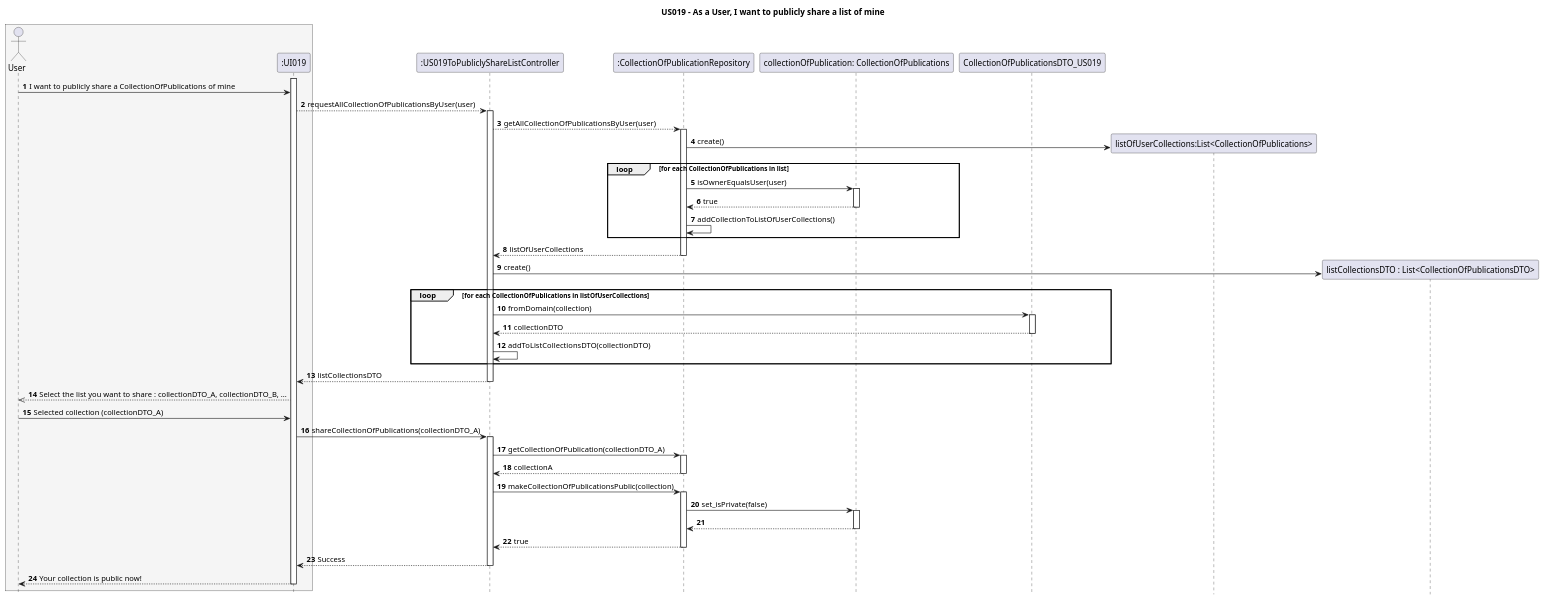
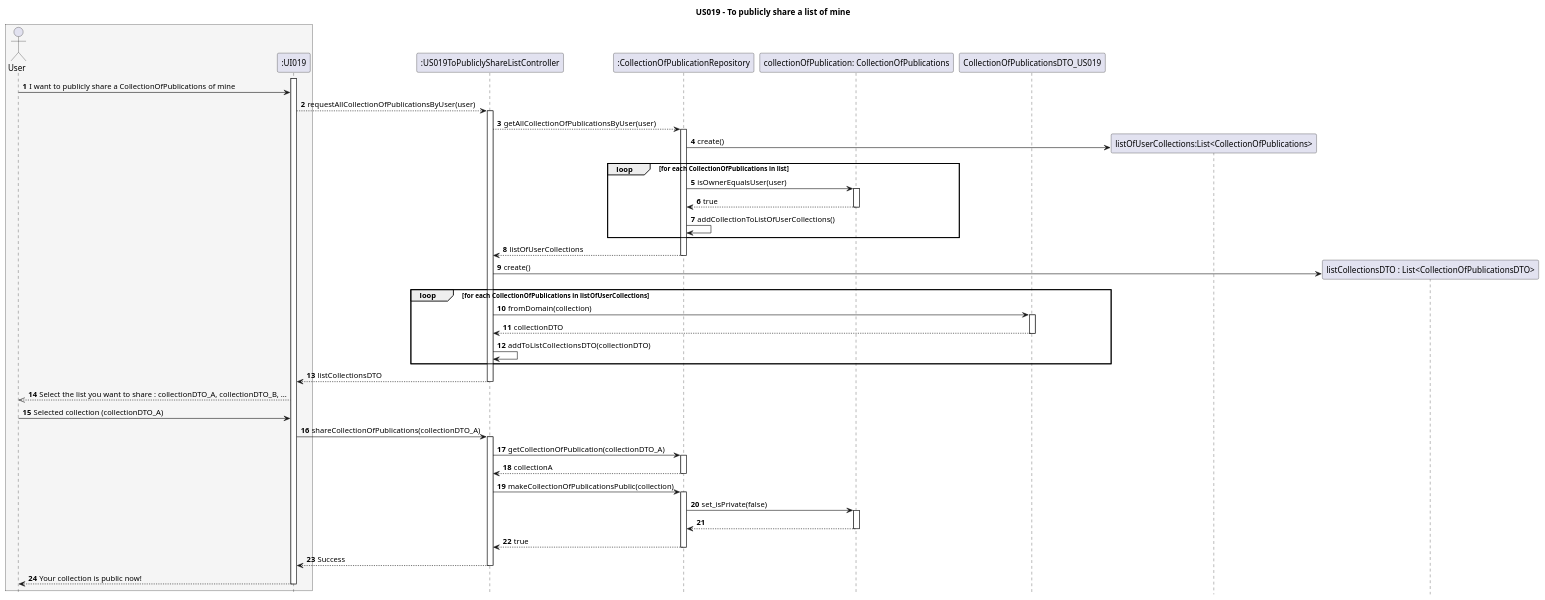
Before and after one commit to AndrePereiraGitH/SWitCH-Project-Team_A: the diagram in Diagrams/SequenceDiagrams/N2/US019-to-publicly-share-a-list.puml, drawn with PlantUML. The commit also changed 1 other file, not shown here.

Commit message:
Working on #145 - Class Diagram

```diff
--- a/Diagrams/SequenceDiagrams/N2/US019-to-publicly-share-a-list.puml
+++ b/Diagrams/SequenceDiagrams/N2/US019-to-publicly-share-a-list.puml
@@ -1,90 +1,90 @@
 @startuml
 
 hide footbox
 autonumber
 
-title US019 - As a User, I want to publicly share a list of mine
+title US019 - To publicly share a list of mine
 
 box #WhiteSmoke
 actor User
 participant ":UI019" as UI
 end box
 
 participant ":US019ToPubliclyShareListController" as Controller
 participant ":CollectionOfPublicationRepository" as CollectionRepository
 participant "collectionOfPublication: CollectionOfPublications" as CollectionOfPublications
 participant "CollectionOfPublicationsDTO_US019" as dto
 
 activate UI
 
 User -> UI : I want to publicly share a CollectionOfPublications of mine
 UI --> Controller: requestAllCollectionOfPublicationsByUser(user)
 
 activate Controller
 Controller --> CollectionRepository: getAllCollectionOfPublicationsByUser(user)
 activate CollectionRepository
 create "listOfUserCollections:List<CollectionOfPublications>" as CollectionOfPublicationsList
 CollectionRepository -> CollectionOfPublicationsList : create()
 
 loop for each CollectionOfPublications in list
     CollectionRepository -> CollectionOfPublications : isOwnerEqualsUser(user)
     activate CollectionOfPublications
     CollectionOfPublications --> CollectionRepository : true
 
     deactivate CollectionOfPublications
 
     CollectionRepository -> CollectionRepository : addCollectionToListOfUserCollections()
 
 
 
 end
 
 
 CollectionRepository --> Controller: listOfUserCollections
 deactivate CollectionRepository
 
 'Controller --> UI: listOfUserCollections
 create "listCollectionsDTO : List<CollectionOfPublicationsDTO>" as CollectionDTOList
 Controller -> CollectionDTOList : create()
 loop for each CollectionOfPublications in listOfUserCollections
     Controller -> dto : fromDomain(collection)
     activate dto
     dto --> Controller : collectionDTO
     deactivate dto
     Controller -> Controller : addToListCollectionsDTO(collectionDTO)
 
 end
 Controller --> UI : listCollectionsDTO
 deactivate Controller
 
 UI -->> User : Select the list you want to share : collectionDTO_A, collectionDTO_B, ...
 User -> UI : Selected collection (collectionDTO_A)
 UI -> Controller : shareCollectionOfPublications(collectionDTO_A)
 
 
 activate Controller
 Controller -> CollectionRepository : getCollectionOfPublication(collectionDTO_A)
 activate CollectionRepository
 CollectionRepository --> Controller : collectionA
 deactivate CollectionRepository
 
 
 Controller -> CollectionRepository : makeCollectionOfPublicationsPublic(collection)
 activate CollectionRepository
 CollectionRepository -> CollectionOfPublications : set_isPrivate(false)
 activate CollectionOfPublications
 CollectionOfPublications --> CollectionRepository
 deactivate CollectionOfPublications
 
 CollectionRepository --> Controller : true
 
 deactivate CollectionRepository
 
 Controller --> UI : Success
 deactivate Controller
 
 UI --> User: Your collection is public now!
 
 deactivate UI
 
 @enduml
```
